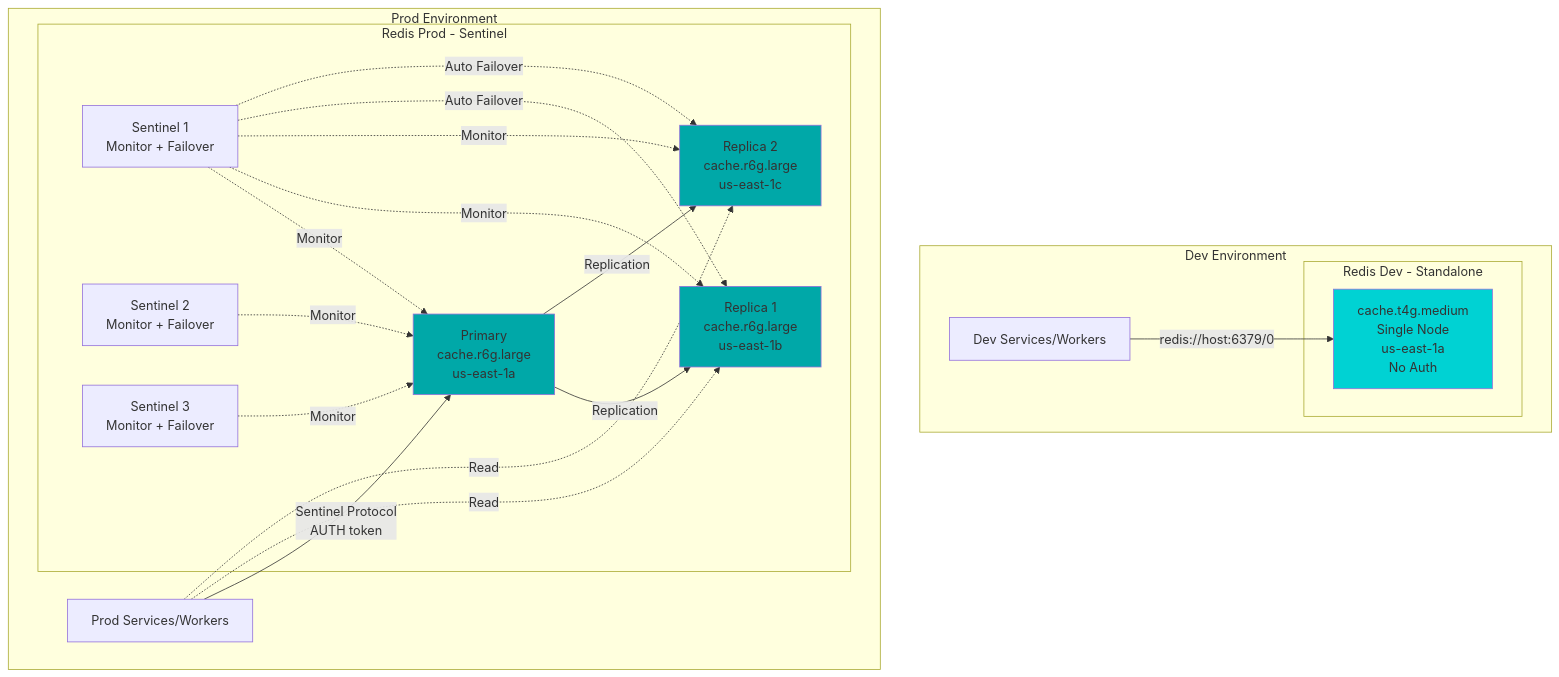
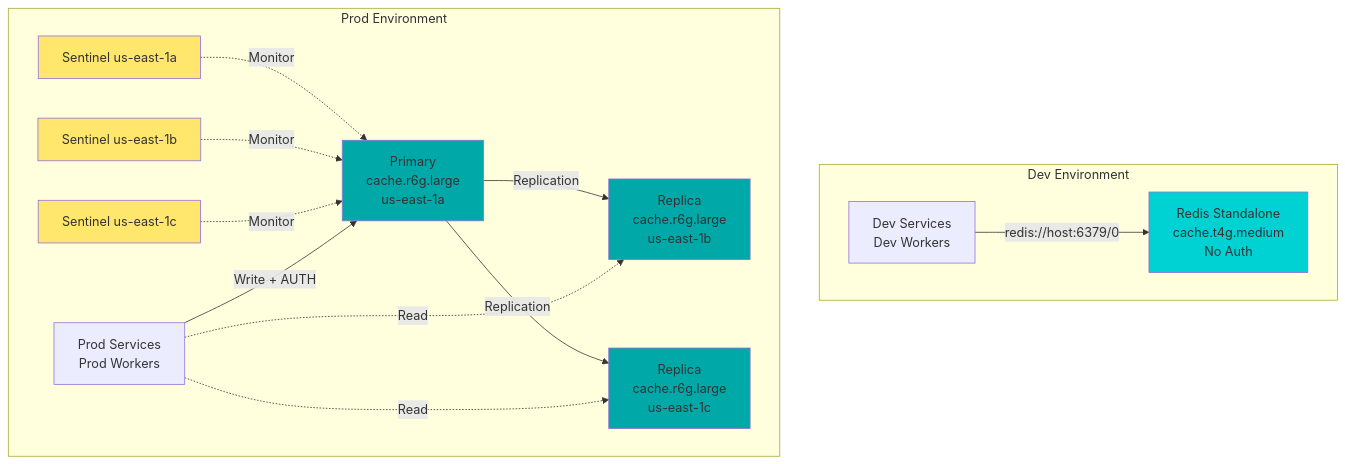
Before and after one commit to Pinksea-AI/InvokeAI: the eighth of 15 diagrams in docs/final-architecture/01-aws-architecture-diagram.md, drawn with Mermaid. The commit also changed other lines of this file, not shown here.

First line of the commit message:
fix: Simplify Mermaid diagrams in AWS architecture document

````diff
--- a/docs/final-architecture/01-aws-architecture-diagram.md
+++ b/docs/final-architecture/01-aws-architecture-diagram.md
@@ -461,48 +363,40 @@
 ```mermaid
 graph TB
-    subgraph "Dev Environment"
-        DevApps[Dev Services/Workers]
+    subgraph Dev[Dev Environment]
+        DevApps[Dev Services<br/>Dev Workers]
+        DevRedis[Redis Standalone<br/>cache.t4g.medium<br/>No Auth]
 
-        subgraph "Redis Dev - Standalone"
-            RedisDev[cache.t4g.medium<br/>Single Node<br/>us-east-1a<br/>No Auth]
-        end
-
-        DevApps -->|redis://host:6379/0| RedisDev
+        DevApps -->|redis://host:6379/0| DevRedis
     end
 
-    subgraph "Prod Environment"
-        ProdApps[Prod Services/Workers]
+    subgraph Prod[Prod Environment]
+        ProdApps[Prod Services<br/>Prod Workers]
 
-        subgraph "Redis Prod - Sentinel"
-            Primary[Primary<br/>cache.r6g.large<br/>us-east-1a]
-            Replica1[Replica 1<br/>cache.r6g.large<br/>us-east-1b]
-            Replica2[Replica 2<br/>cache.r6g.large<br/>us-east-1c]
+        Primary[Primary<br/>cache.r6g.large<br/>us-east-1a]
+        Replica1[Replica<br/>cache.r6g.large<br/>us-east-1b]
+        Replica2[Replica<br/>cache.r6g.large<br/>us-east-1c]
 
-            Sentinel1[Sentinel 1<br/>Monitor + Failover]
-            Sentinel2[Sentinel 2<br/>Monitor + Failover]
-            Sentinel3[Sentinel 3<br/>Monitor + Failover]
+        Sentinel1[Sentinel us-east-1a]
+        Sentinel2[Sentinel us-east-1b]
+        Sentinel3[Sentinel us-east-1c]
 
-            Primary -->|Replication| Replica1
-            Primary -->|Replication| Replica2
+        Primary -->|Replication| Replica1
+        Primary -->|Replication| Replica2
 
-            Sentinel1 -.->|Monitor| Primary
-            Sentinel1 -.->|Monitor| Replica1
-            Sentinel1 -.->|Monitor| Replica2
+        Sentinel1 -.->|Monitor| Primary
+        Sentinel2 -.->|Monitor| Primary
+        Sentinel3 -.->|Monitor| Primary
 
-            Sentinel2 -.->|Monitor| Primary
-            Sentinel3 -.->|Monitor| Primary
-        end
-
-        ProdApps -->|Sentinel Protocol<br/>AUTH token| Primary
+        ProdApps -->|Write + AUTH| Primary
         ProdApps -.->|Read| Replica1
         ProdApps -.->|Read| Replica2
-
-        Sentinel1 -.->|Auto Failover| Replica1
-        Sentinel1 -.->|Auto Failover| Replica2
     end
 
-    style RedisDev fill:#00D2D3
+    style DevRedis fill:#00D2D3
     style Primary fill:#00A8A8
     style Replica1 fill:#00A8A8
     style Replica2 fill:#00A8A8
+    style Sentinel1 fill:#FFE66D
+    style Sentinel2 fill:#FFE66D
+    style Sentinel3 fill:#FFE66D
 ```
````
